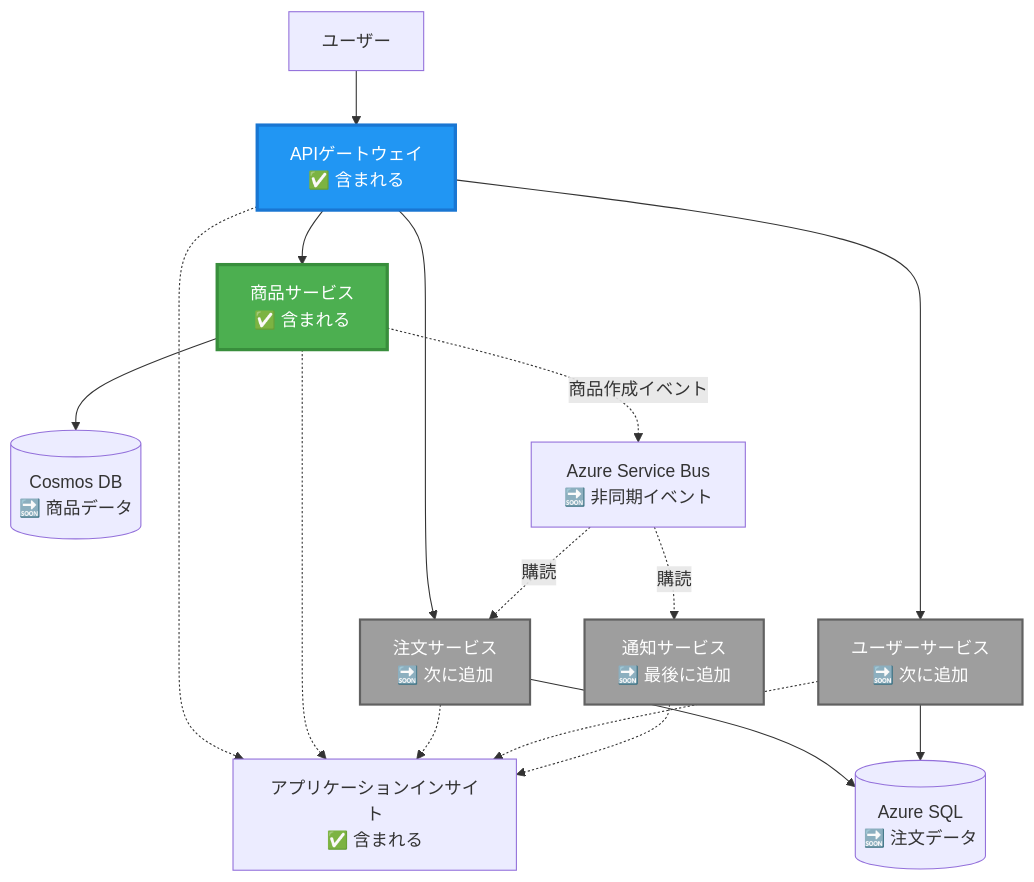
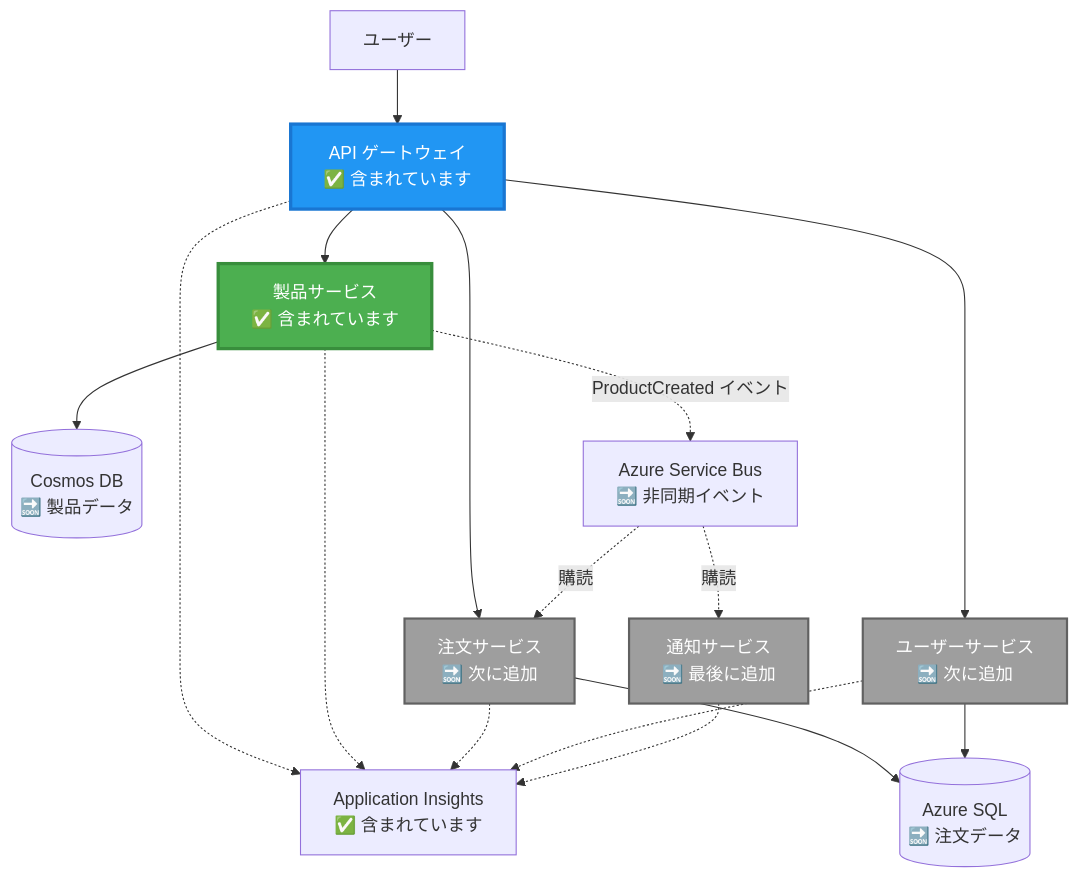
Before and after one commit to microsoft/AZD-for-beginners: the second of 4 diagrams in translations/ja/examples/microservices/README.md, drawn with Mermaid. The commit also changed other lines of this file and 242 other files, not shown here.

````diff
--- a/translations/ja/examples/microservices/README.md
+++ b/translations/ja/examples/microservices/README.md
@@ -78,39 +67,39 @@
 ```mermaid
 graph TB
     User[ユーザー]
-    Gateway[APIゲートウェイ<br/>✅ 含まれる]
-    Product[商品サービス<br/>✅ 含まれる]
+    Gateway[API ゲートウェイ<br/>✅ 含まれています]
+    Product[製品サービス<br/>✅ 含まれています]
     Order[注文サービス<br/>🔜 次に追加]
     UserSvc[ユーザーサービス<br/>🔜 次に追加]
     Notify[通知サービス<br/>🔜 最後に追加]
     
-    CosmosDB[(Cosmos DB<br/>🔜 商品データ)]
+    CosmosDB[(Cosmos DB<br/>🔜 製品データ)]
     AzureSQL[(Azure SQL<br/>🔜 注文データ)]
     ServiceBus[Azure Service Bus<br/>🔜 非同期イベント]
-    AppInsights[アプリケーションインサイト<br/>✅ 含まれる]
+    AppInsights[Application Insights<br/>✅ 含まれています]
     
     User --> Gateway
     Gateway --> Product
     Gateway --> Order
     Gateway --> UserSvc
     
     Product --> CosmosDB
     Order --> AzureSQL
     UserSvc --> AzureSQL
     
-    Product -.->|商品作成イベント| ServiceBus
+    Product -.->|ProductCreated イベント| ServiceBus
     ServiceBus -.->|購読| Notify
     ServiceBus -.->|購読| Order
     
     Gateway -.-> AppInsights
     Product -.-> AppInsights
     Order -.-> AppInsights
     UserSvc -.-> AppInsights
     Notify -.-> AppInsights
     
     style Product fill:#4CAF50,stroke:#388E3C,stroke-width:3px,color:#fff
     style Gateway fill:#2196F3,stroke:#1976D2,stroke-width:3px,color:#fff
     style Order fill:#9E9E9E,stroke:#616161,stroke-width:2px,color:#fff
     style UserSvc fill:#9E9E9E,stroke:#616161,stroke-width:2px,color:#fff
     style Notify fill:#9E9E9E,stroke:#616161,stroke-width:2px,color:#fff
 ```
````
